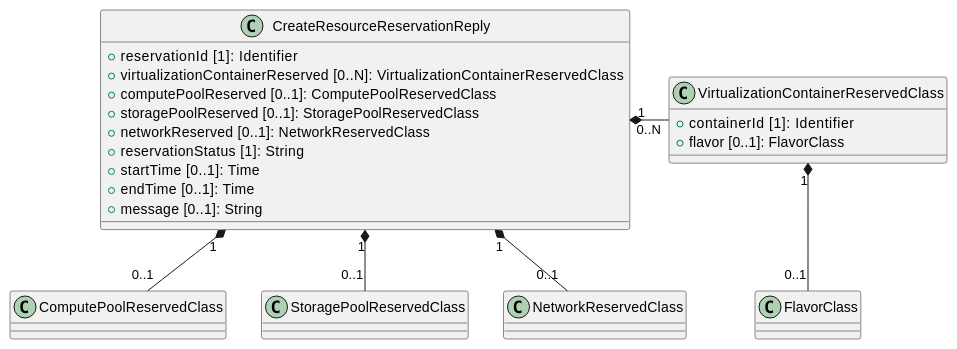
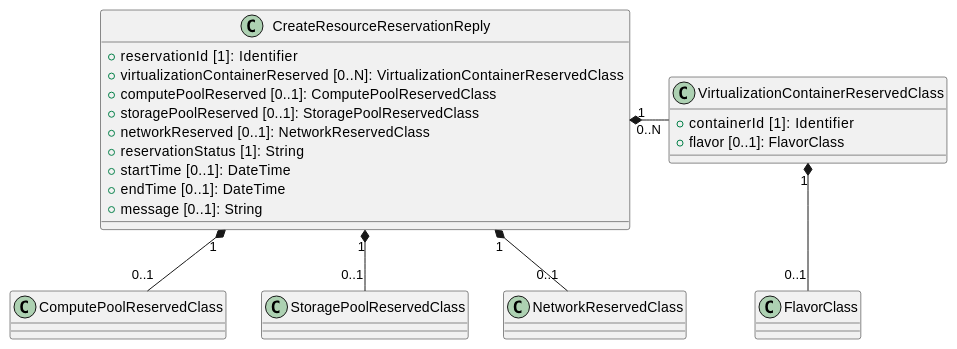
Before and after one commit to opnfv/promise: the seventh of 16 diagrams in requirements/05-impl.rst, drawn with PlantUML. The commit also changed other lines of this file and 8 other files, not shown here.

```diff
--- a/requirements/05-impl.rst
+++ b/requirements/05-impl.rst
@@ -260,26 +260,26 @@
 .. uml::
 
    @startuml
    class CreateResourceReservationReply {
       + reservationId [1]: Identifier
       + virtualizationContainerReserved [0..N]: VirtualizationContainerReservedClass
       + computePoolReserved [0..1]: ComputePoolReservedClass
       + storagePoolReserved [0..1]: StoragePoolReservedClass
       + networkReserved [0..1]: NetworkReservedClass
       + reservationStatus [1]: String
-      + startTime [0..1]: Time
-      + endTime [0..1]: Time
+      + startTime [0..1]: DateTime
+      + endTime [0..1]: DateTime
       + message [0..1]: String
    }
 
    class VirtualizationContainerReservedClass {
       + containerId [1]: Identifier
       + flavor [0..1]: FlavorClass
    }
 
    CreateResourceReservationReply "1" *- "0..N" VirtualizationContainerReservedClass : ""
    VirtualizationContainerReservedClass "1" *-- "0..1" FlavorClass
    CreateResourceReservationReply "1" *-- "0..1" ComputePoolReservedClass
    CreateResourceReservationReply "1" *-- "0..1" StoragePoolReservedClass
    CreateResourceReservationReply "1" *-- "0..1" NetworkReservedClass
    @enduml
```
